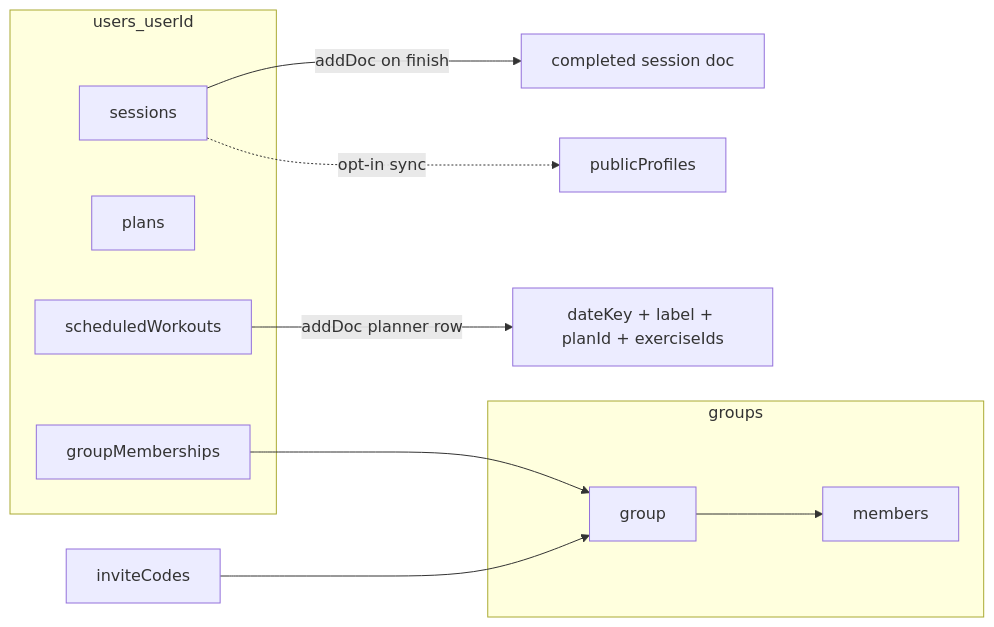
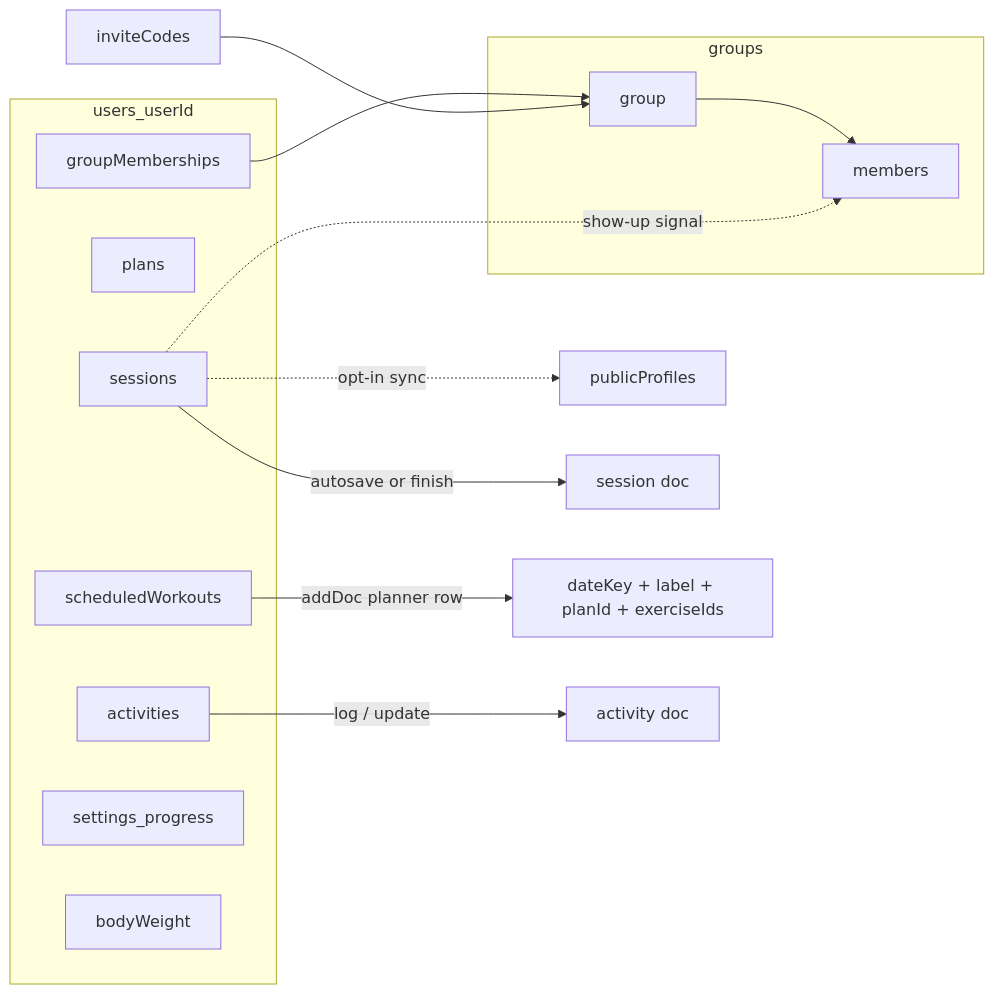
One commit to ShaneRich5/built-daily changed the diagram in docs/DATA_MODEL.md. Above: the diagram before and after it, drawn with Mermaid. The commit also changed other lines of this file, not shown here.

````diff
--- a/docs/DATA_MODEL.md
+++ b/docs/DATA_MODEL.md
@@ -38,21 +54,26 @@
 ```mermaid
 flowchart LR
   subgraph userPath [users_userId]
     sessions[sessions]
     plans[plans]
     scheduled[scheduledWorkouts]
+    activities[activities]
     memberships[groupMemberships]
+    settings[settings_progress]
+    bodyWeight[bodyWeight]
   end
   subgraph groupsPath [groups]
     groupDoc[group]
     members[members]
   end
   inviteCodes[inviteCodes]
   publicProfiles[publicProfiles]
-  sessions -->|addDoc on finish| completed[completed session doc]
+  sessions -->|autosave or finish| sessionDoc[session doc]
   scheduled -->|addDoc planner row| plannerRow[dateKey + label + planId + exerciseIds]
+  activities -->|log / update| activityDoc[activity doc]
   memberships --> groupDoc
   inviteCodes --> groupDoc
   groupDoc --> members
   sessions -.->|opt-in sync| publicProfiles
+  sessions -.->|show-up signal| members
 ```
````
